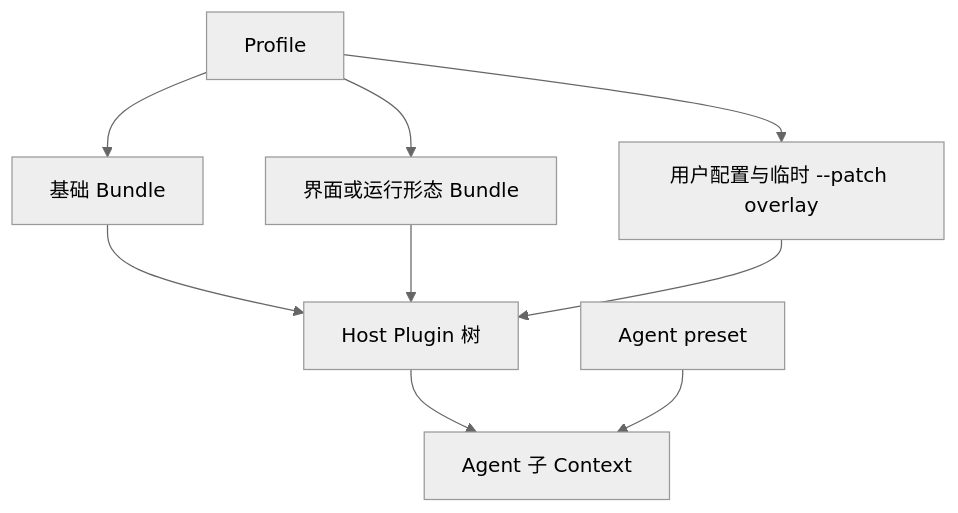
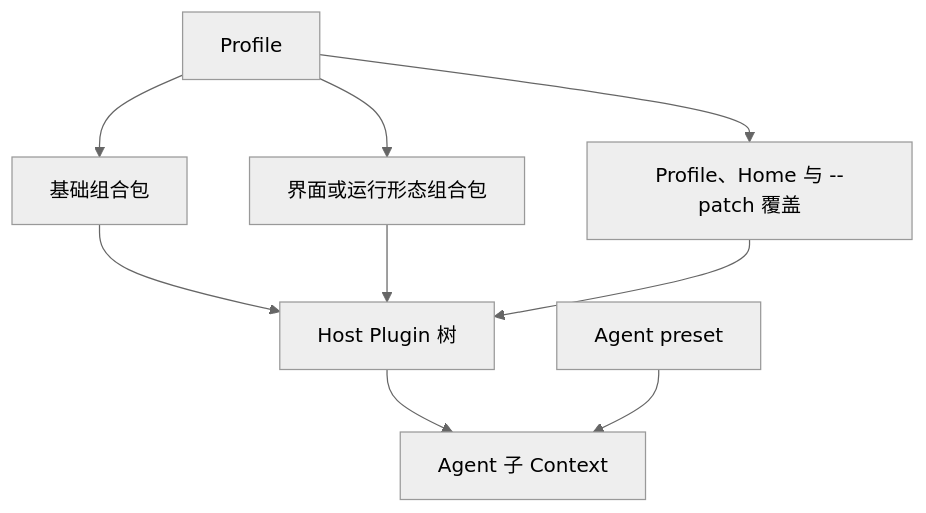
The diagram in skills/.curated/harness/references/dsh.md (TMYTiMidlY/skills), drawn with Mermaid (neutral theme) before and after one commit. The commit also changed other lines of this file, not shown here.

````diff
--- a/skills/.curated/harness/references/dsh.md
+++ b/skills/.curated/harness/references/dsh.md
@@ -444,11 +223,11 @@
 ```mermaid
 flowchart TD
-  P[Profile] --> B1[基础 Bundle]
-  P --> B2[界面或运行形态 Bundle]
-  P --> U[用户配置与临时 --patch overlay]
+  P[Profile] --> B1[基础组合包]
+  P --> B2[界面或运行形态组合包]
+  P --> U[Profile、Home 与 --patch 覆盖]
   B1 --> H[Host Plugin 树]
   B2 --> H
   U --> H
   H --> A[Agent 子 Context]
   R[Agent preset] --> A
 ```
````
